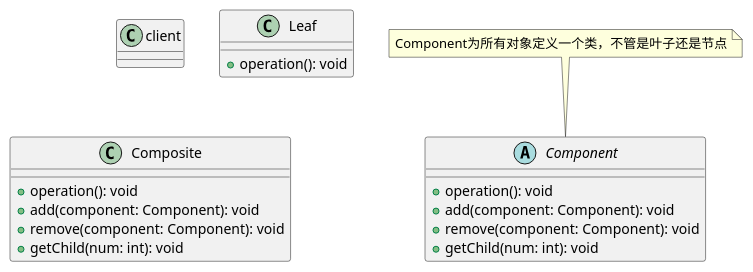
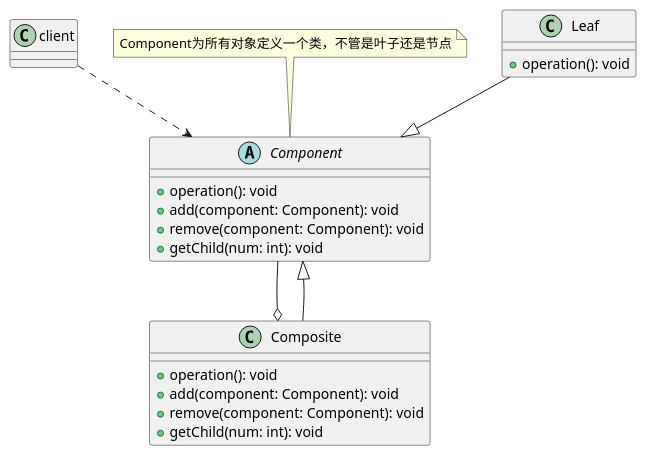
The diagram in src/pers/caijx/composite/Composite.puml (SmileCJX/DesignPattern), drawn with PlantUML before and after one commit.

Commit message:
组合模式关系类图

```diff
--- a/src/pers/caijx/composite/Composite.puml
+++ b/src/pers/caijx/composite/Composite.puml
@@ -1,20 +1,25 @@
 @startuml
 
 class client
 abstract class Component
 note top of Component : Component为所有对象定义一个类，不管是叶子还是节点
 Component : +operation(): void
 Component : +add(component: Component): void
 Component : +remove(component: Component): void
 Component : +getChild(num: int): void
 class Leaf
 Leaf : +operation(): void
 class Composite
 Composite : +operation(): void
 Composite : +add(component: Component): void
 Composite : +remove(component: Component): void
 Composite : +getChild(num: int): void
 
+client ..> Component
+Leaf --|> Component
+Composite --|> Component
+Component --o Composite
+
 
 
 @enduml
```
